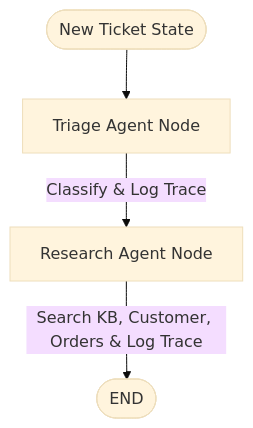
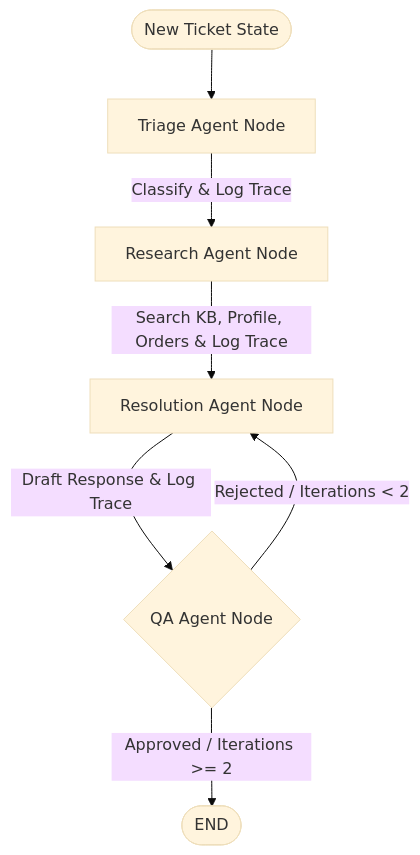
The diagram in agents/README.md (github-hc/multiagent-ecommerce-support-system), drawn with Mermaid (base theme) before and after one commit. The commit also changed other lines of this file and 3 other files, not shown here.

````diff
--- a/agents/README.md
+++ b/agents/README.md
@@ -11,13 +11,10 @@
 ```mermaid
 graph TD
     Start([New Ticket State]) --> Triage[Triage Agent Node]
     Triage -->|Classify & Log Trace| Research[Research Agent Node]
-    Research -->|Search KB, Customer, Orders & Log Trace| End([END])
+    Research -->|Search KB, Profile, Orders & Log Trace| Resolution[Resolution Agent Node]
+    Resolution -->|Draft Response & Log Trace| QA{QA Agent Node}
     
-    %% Future Steps (4 & 5)
-    %% Research --> Resolution[Resolution Agent]
-    %% Resolution --> QA{QA Agent}
-    %% QA -- Approved --> End
-    %% QA -- Rejected / Retry < 2 --> Resolution
-    %% QA -- Rejected / Retry >= 2 --> Escalate[Human Escalation]
+    QA -->|Approved / Iterations >= 2| End([END])
+    QA -->|Rejected / Iterations < 2| Resolution
 ```
````
